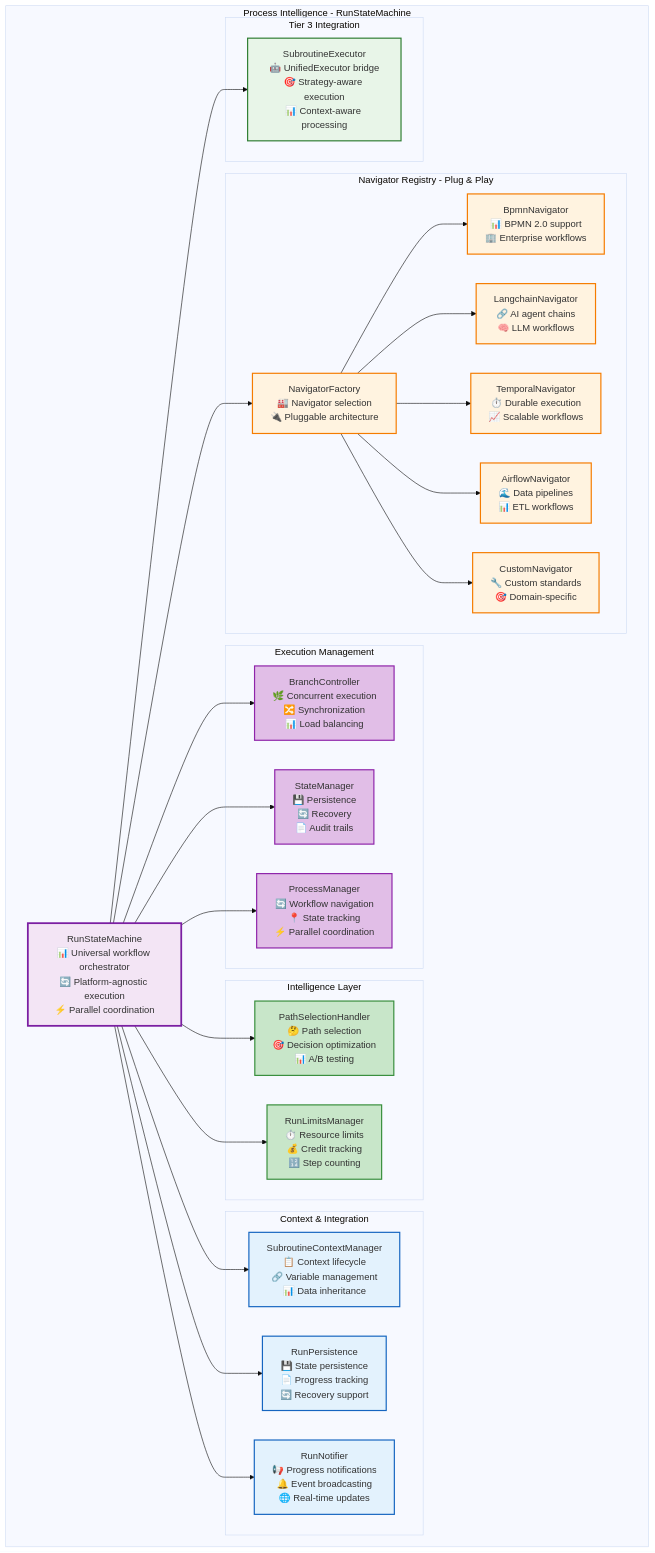
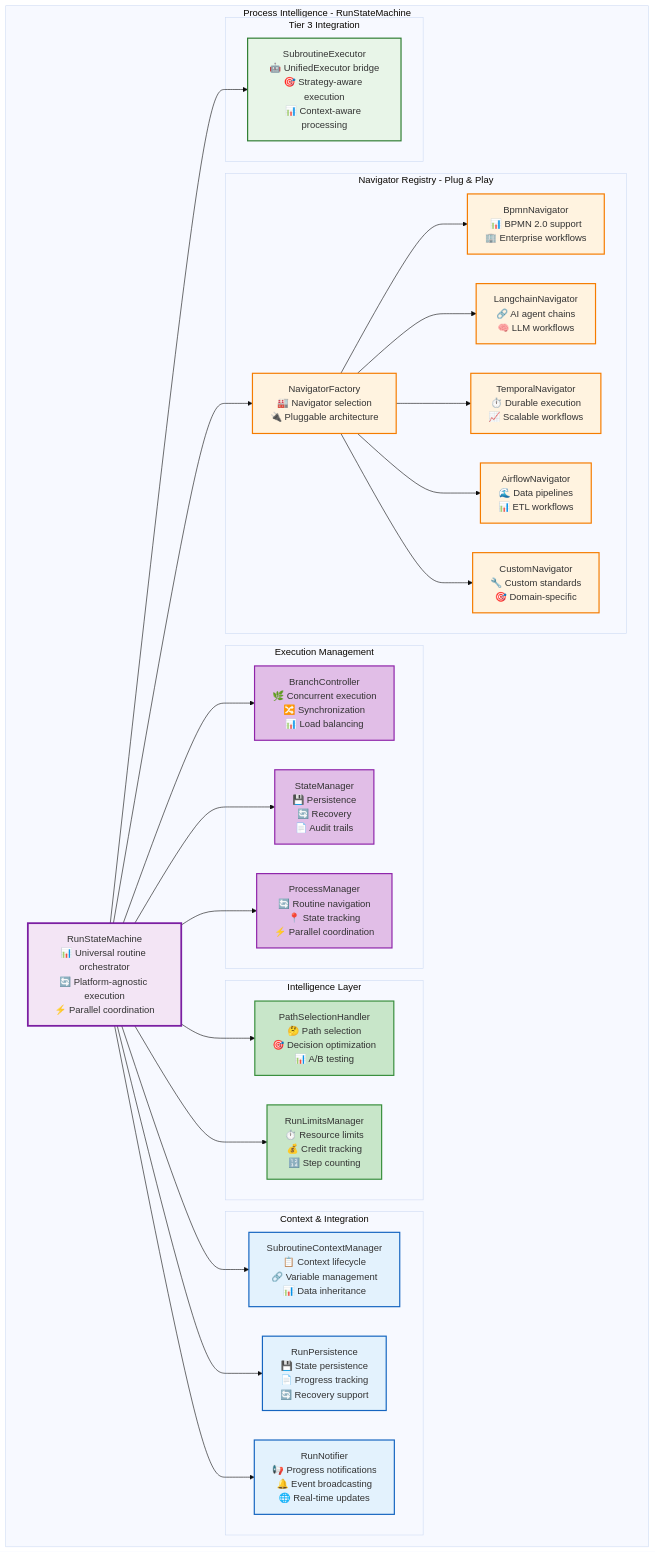
Diagram 18 of 50 in docs/ai-execution-architecture.md (Vrooli/Vrooli), drawn with Mermaid (base theme) before and after one commit. The commit also changed other lines of this file, not shown here.

Commit message:
Execution architecture p12

````diff
--- a/docs/ai-execution-architecture.md
+++ b/docs/ai-execution-architecture.md
@@ -1290,67 +1290,67 @@
 ```mermaid
 graph TB
     subgraph "Process Intelligence - RunStateMachine"
-        RunStateMachine[RunStateMachine<br/>📊 Universal workflow orchestrator<br/>🔄 Platform-agnostic execution<br/>⚡ Parallel coordination]
+        RunStateMachine[RunStateMachine<br/>📊 Universal routine orchestrator<br/>🔄 Platform-agnostic execution<br/>⚡ Parallel coordination]
         
         subgraph "Navigator Registry - Plug & Play"
             NavigatorFactory[NavigatorFactory<br/>🏭 Navigator selection<br/>🔌 Pluggable architecture]
             BpmnNavigator[BpmnNavigator<br/>📊 BPMN 2.0 support<br/>🏢 Enterprise workflows]
             LangchainNavigator[LangchainNavigator<br/>🔗 AI agent chains<br/>🧠 LLM workflows]
             TemporalNavigator[TemporalNavigator<br/>⏱️ Durable execution<br/>📈 Scalable workflows]
             AirflowNavigator[AirflowNavigator<br/>🌊 Data pipelines<br/>📊 ETL workflows]
             CustomNavigator[CustomNavigator<br/>🔧 Custom standards<br/>🎯 Domain-specific]
         end
         
         subgraph "Execution Management"
             BranchController[BranchController<br/>🌿 Concurrent execution<br/>🔀 Synchronization<br/>📊 Load balancing]
             StateManager[StateManager<br/>💾 Persistence<br/>🔄 Recovery<br/>📄 Audit trails]
-            ProcessManager[ProcessManager<br/>🔄 Workflow navigation<br/>📍 State tracking<br/>⚡ Parallel coordination]
+            ProcessManager[ProcessManager<br/>🔄 Routine navigation<br/>📍 State tracking<br/>⚡ Parallel coordination]
         end
         
         subgraph "Intelligence Layer"
             PathSelectionHandler[PathSelectionHandler<br/>🤔 Path selection<br/>🎯 Decision optimization<br/>📊 A/B testing]
             RunLimitsManager[RunLimitsManager<br/>⏱️ Resource limits<br/>💰 Credit tracking<br/>🔢 Step counting]
         end
         
         subgraph "Context & Integration"
             SubroutineContextManager[SubroutineContextManager<br/>📋 Context lifecycle<br/>🔗 Variable management<br/>📊 Data inheritance]
             RunPersistence[RunPersistence<br/>💾 State persistence<br/>📄 Progress tracking<br/>🔄 Recovery support]
             RunNotifier[RunNotifier<br/>📢 Progress notifications<br/>🔔 Event broadcasting<br/>🌐 Real-time updates]
         end
         
         subgraph "Tier 3 Integration"
             SubroutineExecutor[SubroutineExecutor<br/>🤖 UnifiedExecutor bridge<br/>🎯 Strategy-aware execution<br/>📊 Context-aware processing]
         end
     end
     
     RunStateMachine --> NavigatorFactory
     NavigatorFactory --> BpmnNavigator
     NavigatorFactory --> LangchainNavigator
     NavigatorFactory --> TemporalNavigator
     NavigatorFactory --> AirflowNavigator
     NavigatorFactory --> CustomNavigator
     
     RunStateMachine --> BranchController
     RunStateMachine --> StateManager
     RunStateMachine --> ProcessManager
     RunStateMachine --> PathSelectionHandler
     RunStateMachine --> RunLimitsManager
     RunStateMachine --> SubroutineContextManager
     RunStateMachine --> RunPersistence
     RunStateMachine --> RunNotifier
     RunStateMachine --> SubroutineExecutor
     
     classDef runCore fill:#f3e5f5,stroke:#7b1fa2,stroke-width:3px
     classDef navigators fill:#fff3e0,stroke:#f57c00,stroke-width:2px
     classDef execution fill:#e1bee7,stroke:#8e24aa,stroke-width:2px
     classDef intelligence fill:#c8e6c9,stroke:#388e3c,stroke-width:2px
     classDef context fill:#e3f2fd,stroke:#1565c0,stroke-width:2px
     classDef integration fill:#e8f5e8,stroke:#2e7d32,stroke-width:2px
     
     class RunStateMachine runCore
     class NavigatorFactory,BpmnNavigator,LangchainNavigator,TemporalNavigator,AirflowNavigator,CustomNavigator navigators
     class BranchController,StateManager,ProcessManager execution
     class PathSelectionHandler,RunLimitsManager intelligence
     class SubroutineContextManager,RunPersistence,RunNotifier context
     class SubroutineExecutor integration
 ```
````
